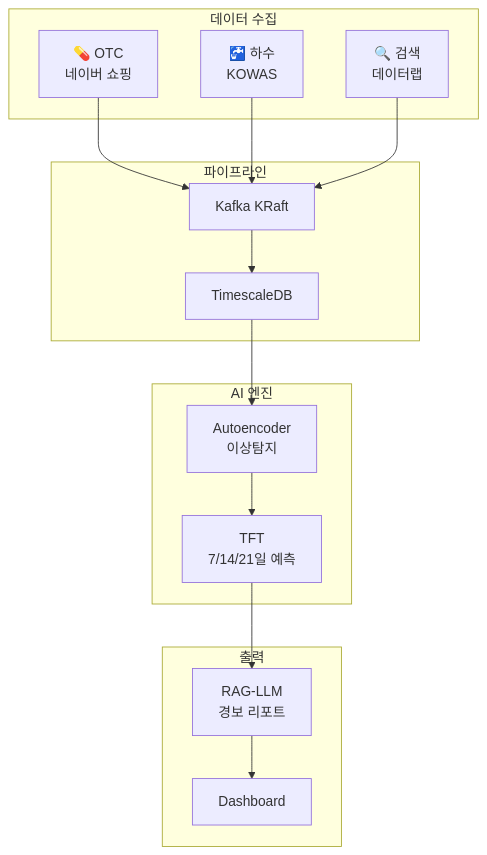
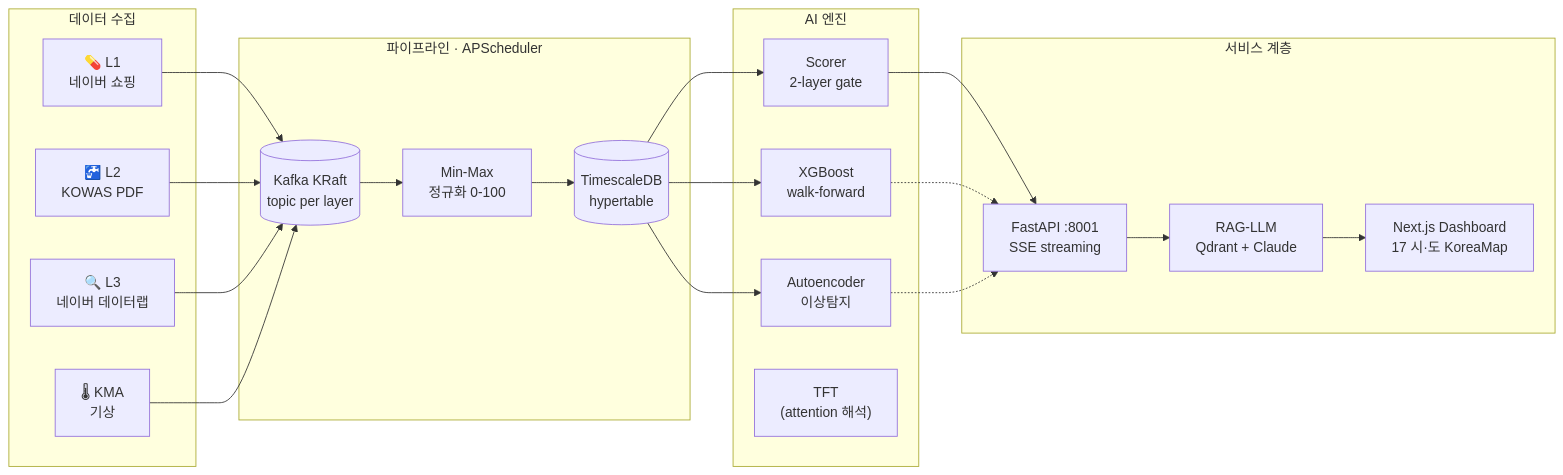
One commit to zln02/urban-immune-system changed the diagram in README.md. Above: the diagram before and after it, drawn with Mermaid. The commit also changed other lines of this file and 256 other files, not shown here.

````diff
--- a/README.md
+++ b/README.md
@@ -29,21 +64,29 @@
 ```mermaid
-graph TB
-    subgraph Collection["데이터 수집"]
-        L1["💊 OTC<br>네이버 쇼핑"]
-        L2["🚰 하수<br>KOWAS"]
-        L3["🔍 검색<br>데이터랩"]
+graph LR
+    subgraph Sources["데이터 수집"]
+        L1["💊 L1<br/>네이버 쇼핑"]
+        L2["🚰 L2<br/>KOWAS PDF"]
+        L3["🔍 L3<br/>네이버 데이터랩"]
+        AUX["🌡 KMA<br/>기상"]
     end
-    subgraph Pipeline["파이프라인"]
-        KAFKA["Kafka KRaft"]
-        TSDB["TimescaleDB"]
+    subgraph Pipeline["파이프라인 · APScheduler"]
+        KAFKA[("Kafka KRaft<br/>topic per layer")]
+        NORM["Min-Max<br/>정규화 0-100"]
+        TSDB[("TimescaleDB<br/>hypertable")]
     end
-    subgraph ML["AI 엔진"]
-        AE["Autoencoder<br>이상탐지"]
-        TFT["TFT<br>7/14/21일 예측"]
+    subgraph Engine["AI 엔진"]
+        SCORER["Scorer<br/>2-layer gate"]
+        XGB["XGBoost<br/>walk-forward"]
+        AE["Autoencoder<br/>이상탐지"]
+        TFT["TFT<br/>(attention 해석)"]
     end
-    subgraph Output["출력"]
-        RAG["RAG-LLM<br>경보 리포트"]
-        DASH["Dashboard"]
+    subgraph Service["서비스 계층"]
+        API["FastAPI :8001<br/>SSE streaming"]
+        RAG["RAG-LLM<br/>Qdrant + Claude"]
+        UI["Next.js Dashboard<br/>17 시·도 KoreaMap"]
     end
-    L1 & L2 & L3 --> KAFKA --> TSDB --> AE --> TFT --> RAG --> DASH
+    L1 & L2 & L3 & AUX --> KAFKA --> NORM --> TSDB
+    TSDB --> SCORER --> API
+    TSDB --> XGB & AE -.-> API
+    API --> RAG --> UI
 ```
````
